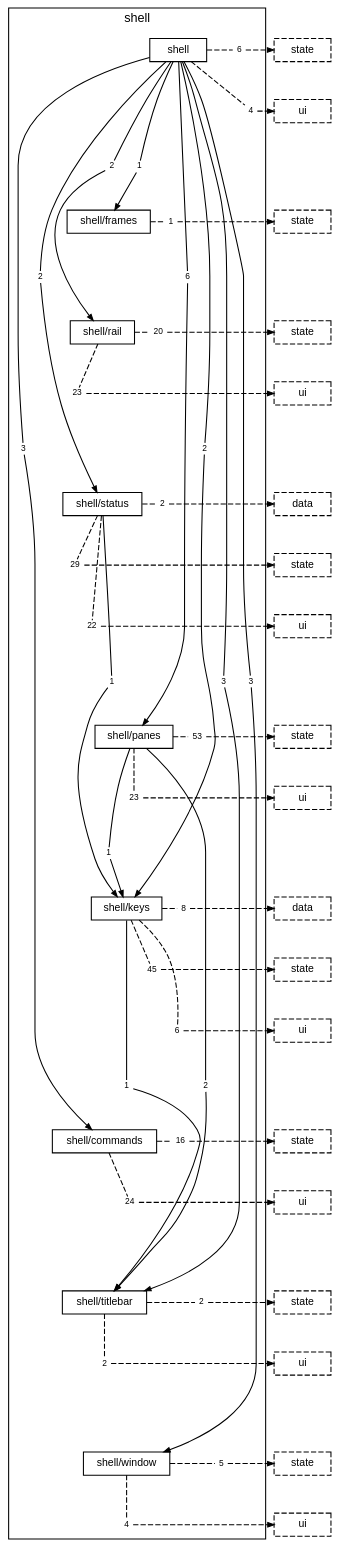
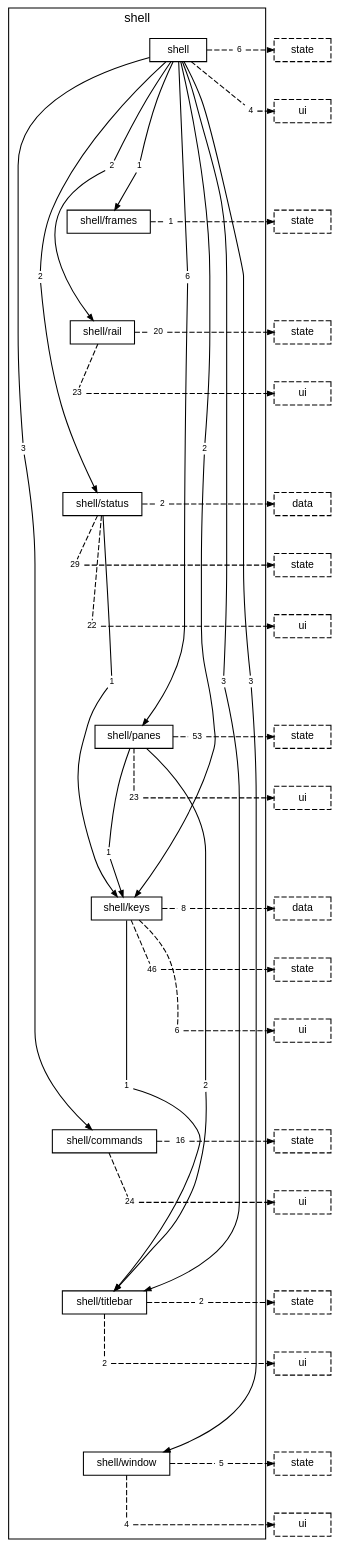
Before and after one commit to TheAxeC/oculus: the diagram in docs/diagrams/layer-shell.dot, drawn with Graphviz. The commit also changed 166 other files, not shown here.

```diff
--- a/docs/diagrams/layer-shell.dot
+++ b/docs/diagrams/layer-shell.dot
@@ -36,7 +36,7 @@
         "folder shell/panes to layer ui" [label="23", shape=box, color="transparent", fontsize=8, width=0, height=0, margin="0.04,0.02"];
         "folder shell/keys to folder shell/titlebar" [label="1", shape=box, color="transparent", fontsize=8, width=0, height=0, margin="0.04,0.02"];
         "folder shell/keys to layer data" [label="8", shape=box, color="transparent", fontsize=8, width=0, height=0, margin="0.04,0.02"];
-        "folder shell/keys to layer state" [label="45", shape=box, color="transparent", fontsize=8, width=0, height=0, margin="0.04,0.02"];
+        "folder shell/keys to layer state" [label="46", shape=box, color="transparent", fontsize=8, width=0, height=0, margin="0.04,0.02"];
         "folder shell/keys to layer ui" [label="6", shape=box, color="transparent", fontsize=8, width=0, height=0, margin="0.04,0.02"];
         "folder shell/commands to layer state" [label="16", shape=box, color="transparent", fontsize=8, width=0, height=0, margin="0.04,0.02"];
         "folder shell/commands to layer ui" [label="24", shape=box, color="transparent", fontsize=8, width=0, height=0, margin="0.04,0.02"];
```
